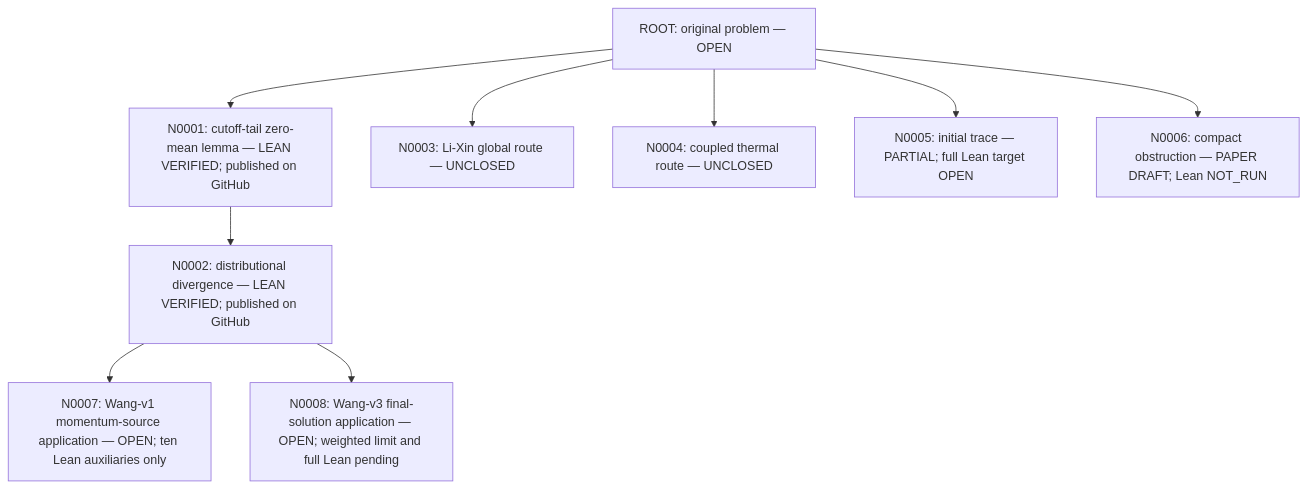
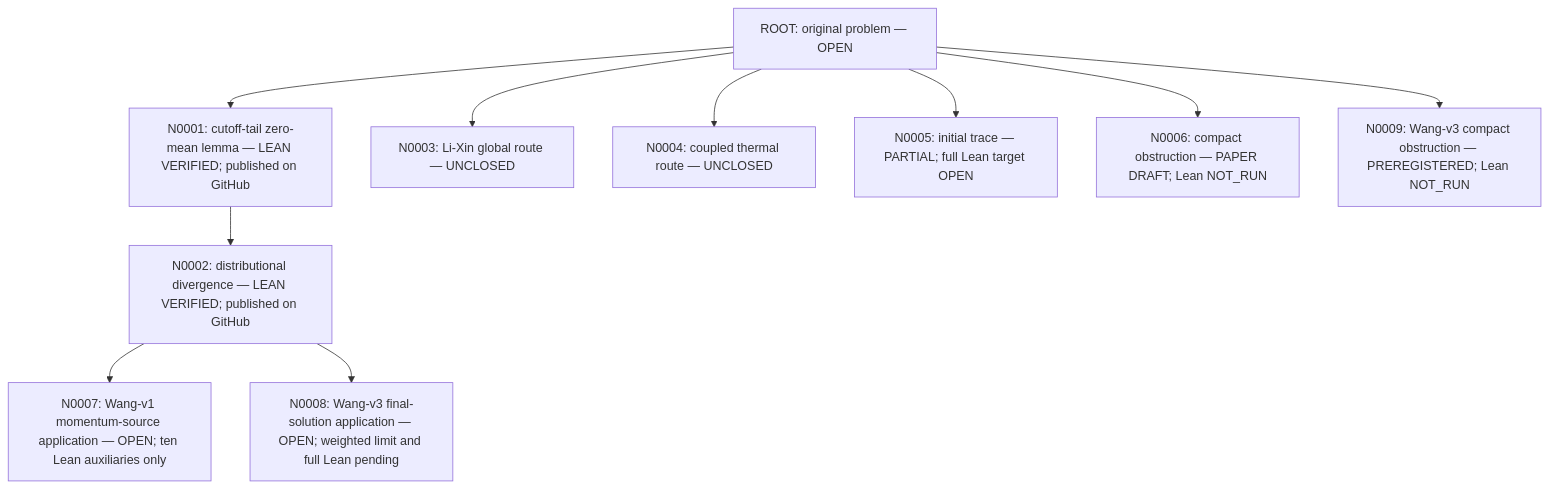
One commit to SongXin2357/xiong-fns-general-vacuum changed the diagram in README.md. Above: the diagram before and after it, drawn with Mermaid. The commit also changed 5 other files, not shown here.

Commit message:
Preregister Wang-v3 compact-support obstruction audit

````diff
--- a/README.md
+++ b/README.md
@@ -9,11 +9,12 @@
 ```mermaid
 flowchart TD
  ROOT["ROOT: original problem — OPEN"] --> N0001["N0001: cutoff-tail zero-mean lemma — LEAN VERIFIED; published on GitHub"]
  N0001 --> N0002["N0002: distributional divergence — LEAN VERIFIED; published on GitHub"]
  N0002 --> N0007["N0007: Wang-v1 momentum-source application — OPEN; ten Lean auxiliaries only"]
  N0002 --> N0008["N0008: Wang-v3 final-solution application — OPEN; weighted limit and full Lean pending"]
  ROOT --> N0003["N0003: Li-Xin global route — UNCLOSED"]
  ROOT --> N0004["N0004: coupled thermal route — UNCLOSED"]
  ROOT --> N0005["N0005: initial trace — PARTIAL; full Lean target OPEN"]
  ROOT --> N0006["N0006: compact obstruction — PAPER DRAFT; Lean NOT_RUN"]
+ ROOT --> N0009["N0009: Wang-v3 compact obstruction — PREREGISTERED; Lean NOT_RUN"]
 ```
````
